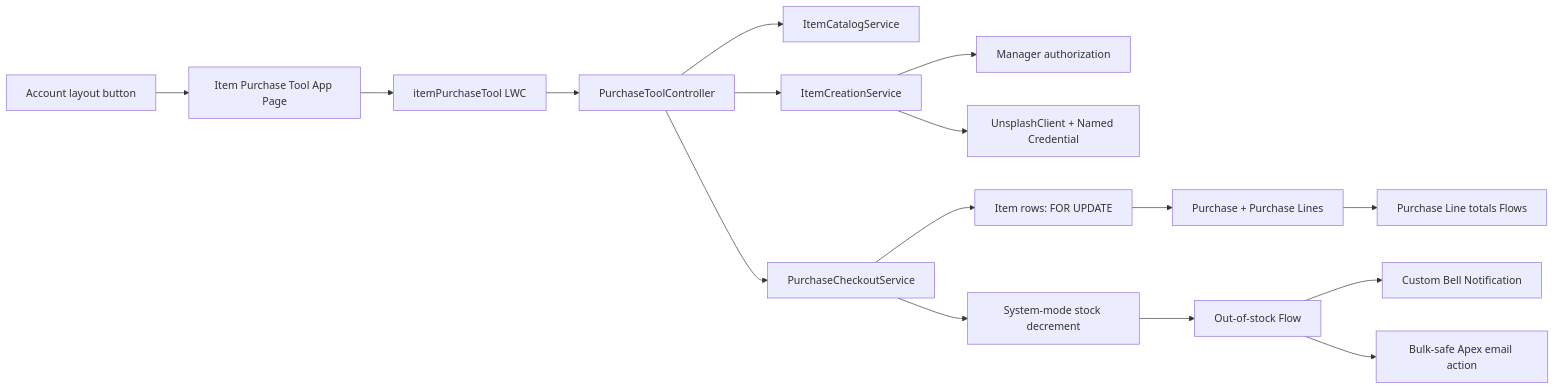
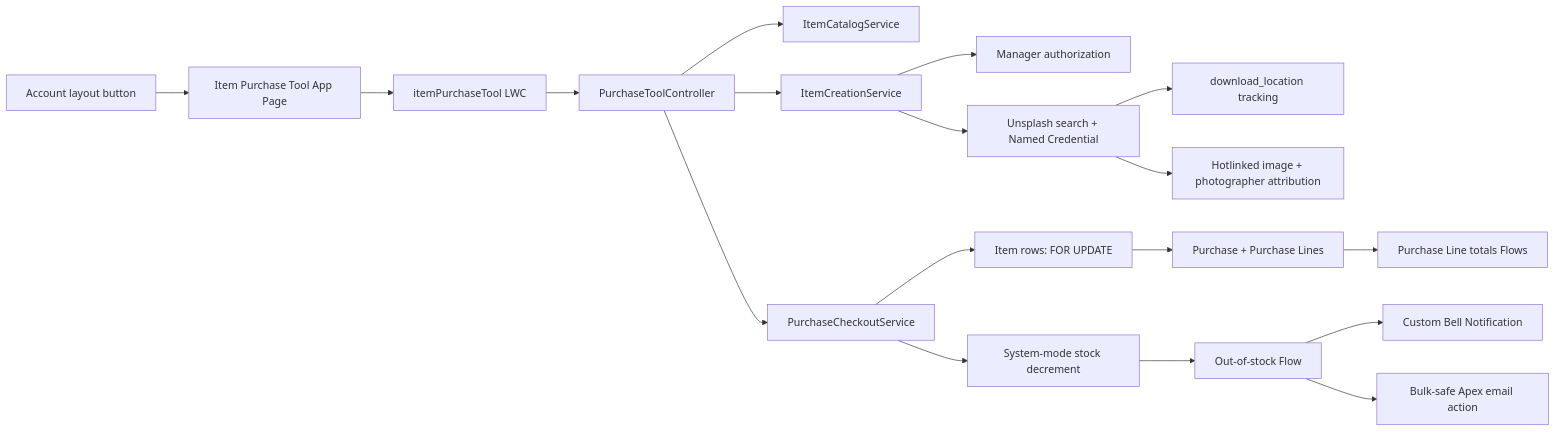
Before and after one commit to KIMovchanin/salesforce_tz: the diagram in README.md, drawn with Mermaid. The commit also changed other lines of this file and 30 other files, not shown here.

Commit message:
feat: harden Unsplash attribution and access controls

````diff
--- a/README.md
+++ b/README.md
@@ -25,18 +25,20 @@
 ```mermaid
 flowchart LR
     Account["Account layout button"] --> Page["Item Purchase Tool App Page"]
     Page --> LWC["itemPurchaseTool LWC"]
     LWC --> Controller["PurchaseToolController"]
     Controller --> Catalog["ItemCatalogService"]
     Controller --> Creation["ItemCreationService"]
     Creation --> Auth["Manager authorization"]
-    Creation --> Unsplash["UnsplashClient + Named Credential"]
+    Creation --> Unsplash["Unsplash search + Named Credential"]
+    Unsplash --> Tracking["download_location tracking"]
+    Unsplash --> Attribution["Hotlinked image + photographer attribution"]
     Controller --> Checkout["PurchaseCheckoutService"]
     Checkout --> Lock["Item rows: FOR UPDATE"]
     Lock --> Purchase["Purchase + Purchase Lines"]
     Purchase --> TotalsFlow["Purchase Line totals Flows"]
     Checkout --> Stock["System-mode stock decrement"]
     Stock --> InventoryFlow["Out-of-stock Flow"]
     InventoryFlow --> Bell["Custom Bell Notification"]
     InventoryFlow --> Email["Bulk-safe Apex email action"]
 ```
````
